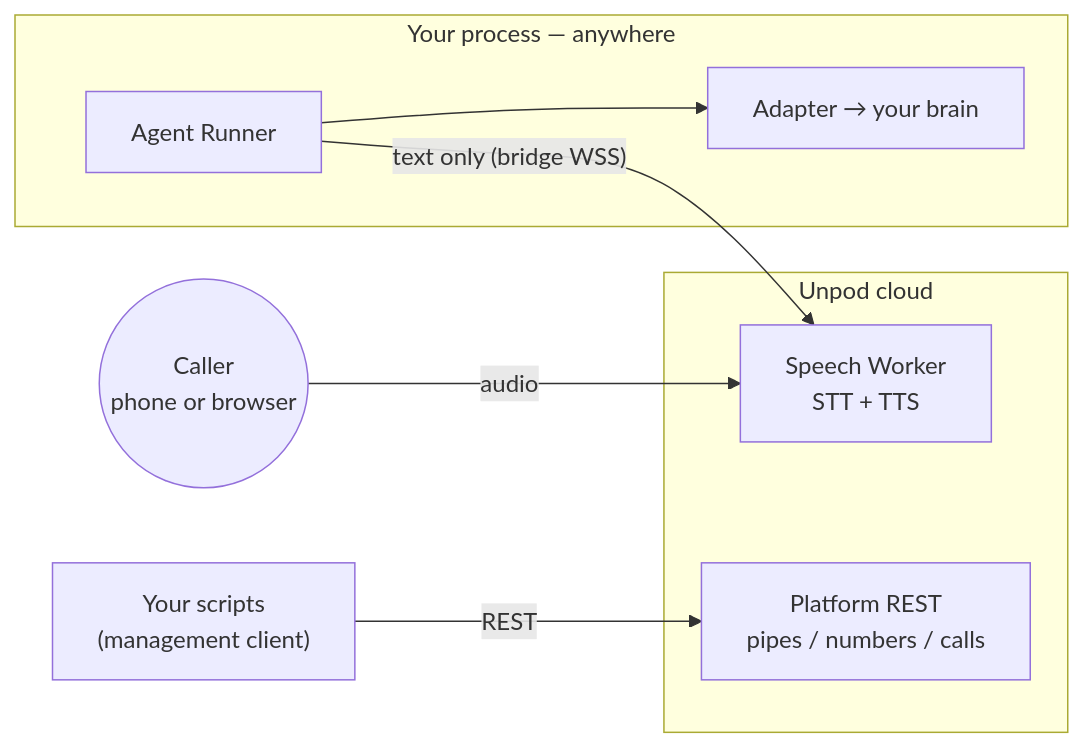
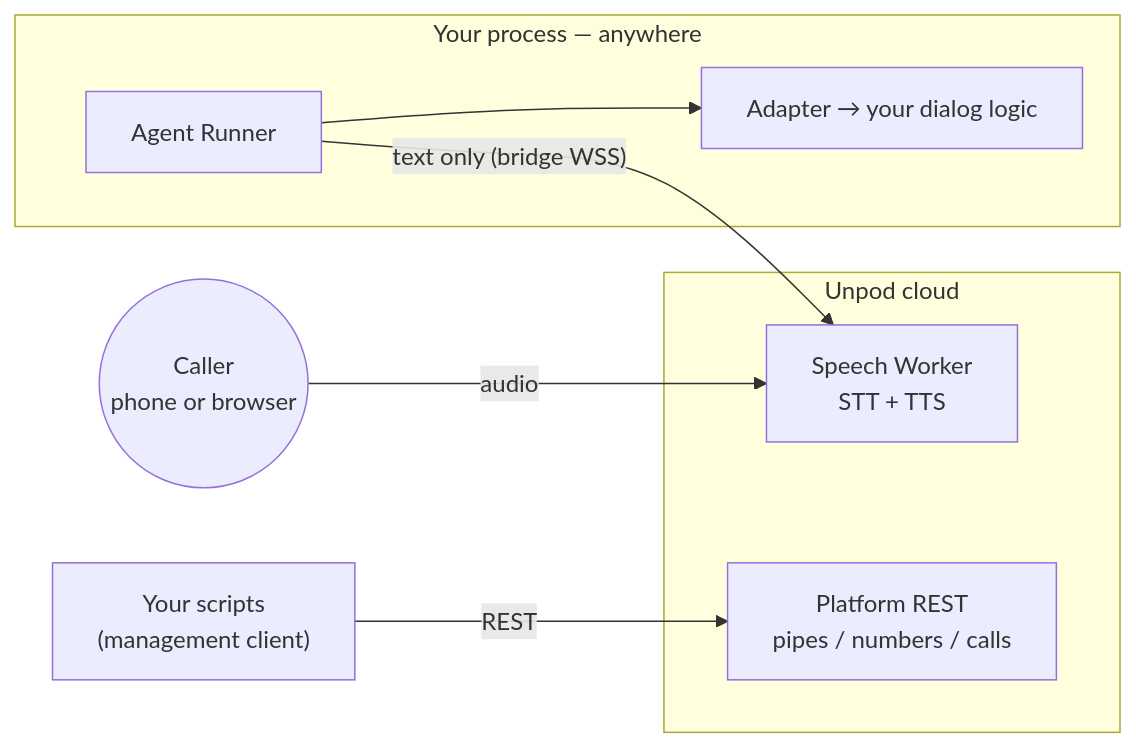
The diagram in docs/00-overview.md (unpod-ai/unpod-python-sdk), drawn with Mermaid before and after one commit. The commit also changed other lines of this file, not shown here.

````diff
--- a/docs/00-overview.md
+++ b/docs/00-overview.md
@@ -40,16 +40,16 @@
 ```mermaid
 flowchart LR
     caller((Caller<br/>phone or browser))
     subgraph unpod["Unpod cloud"]
         plat["Platform REST<br/>pipes / numbers / calls"]
         sw["Speech Worker<br/>STT + TTS"]
     end
     subgraph yours["Your process — anywhere"]
         runner["Agent Runner"]
-        brain["Adapter → your brain"]
+        brain["Adapter → your dialog logic"]
     end
     mgmt["Your scripts<br/>(management client)"] -- REST --> plat
     caller -- audio --> sw
     runner -- "text only (bridge WSS)" --> sw
     runner --> brain
 ```
````
